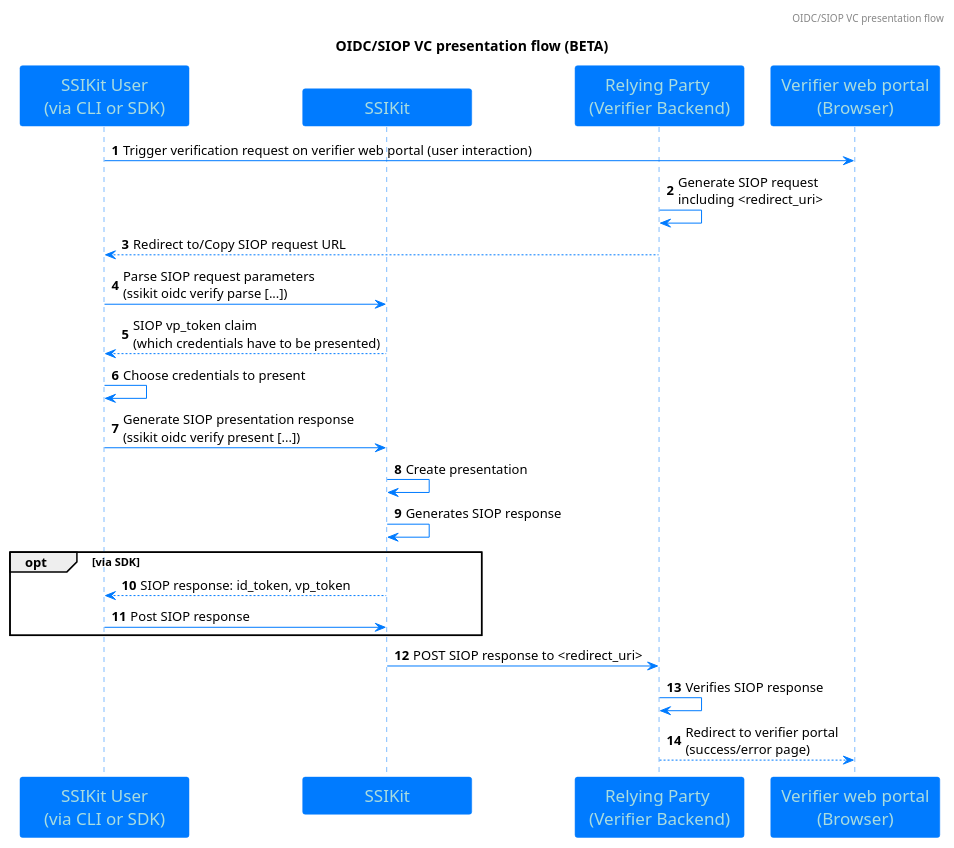
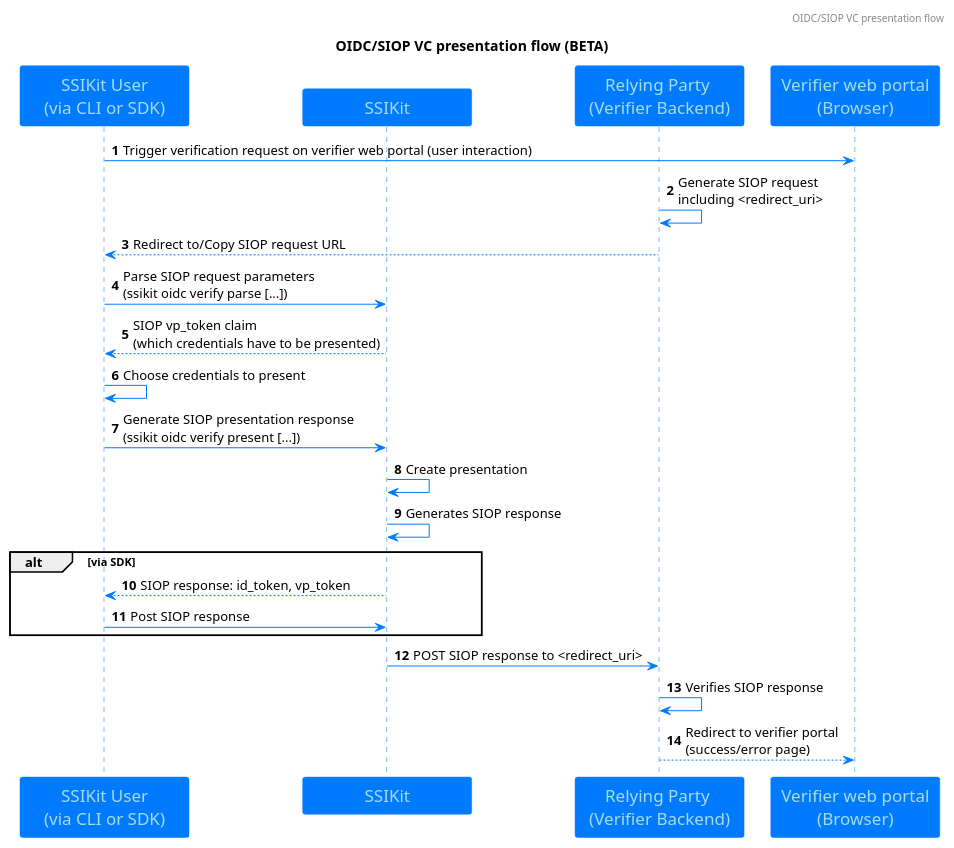
The diagram in ecosystems-interoperability/oidc/puml/siop-vc-presentation-ssikit.puml (walt-id/waltid-ssikit-docs), drawn with PlantUML before and after one commit.

```diff
--- a/ecosystems-interoperability/oidc/puml/siop-vc-presentation-ssikit.puml
+++ b/ecosystems-interoperability/oidc/puml/siop-vc-presentation-ssikit.puml
@@ -1,80 +1,80 @@
 @startuml
 'https://plantuml.com/sequence-diagram
 
 skinparam classFontColor 007BFF
 skinparam classFontSize 12
 skinparam classFontName Aapex
 skinparam backgroundColor white
 skinparam minClassWidth 155
 skinparam nodesep 34
 skinparam ranksep 70
 
 skinparam sequence {
 ArrowColor 007BFF
 ActorBorderColor 007BFF
 LifeLineBorderColor 007BFF
 LifeLineBackgroundColor 007BFF
 
 ParticipantBorderColor 007BFF
 ParticipantBackgroundColor 007BFF
 ParticipantFontName Impact
 ParticipantFontSize 17
 ParticipantFontColor #A9DCDF
 
 'ActorBackgroundColor aqua
 ActorFontColor 007BFF
 ActorFontSize 17
 ActorFontName Aapex
 }
 
 skinparam class {
 BorderColor 007BFF
 ArrowColor 007BFF
 BackgroundColor white
 }
 
 skinparam interface {
 BorderColor 007BFF
 ArrowColor 007BFF
 }
 
 skinparam note {
 BorderColor 007BFF
 BackgroundColor 7ACFF5
 }
 
 
 autonumber
 header OIDC/SIOP VC presentation flow
 title
 OIDC/SIOP VC presentation flow (BETA)
 end title
 autonumber
 participant "SSIKit User\n(via CLI or SDK)" as SU
 participant "SSIKit" as SK
 participant "Relying Party \n(Verifier Backend)" as RP
 participant "Verifier web portal\n(Browser)" as VWP
 
 SU->VWP: Trigger verification request on verifier web portal (user interaction)
 RP->RP: Generate SIOP request\nincluding <redirect_uri>
 
 RP-->SU: Redirect to/Copy SIOP request URL
 
 SU->SK: Parse SIOP request parameters\n(ssikit oidc verify parse [...])
 SK-->SU: SIOP vp_token claim\n(which credentials have to be presented)
 SU->SU: Choose credentials to present
 
 SU->SK: Generate SIOP presentation response\n(ssikit oidc verify present [...])
 SK->SK: Create presentation
 SK->SK: Generates SIOP response
-opt via SDK
+alt via SDK
 SK-->SU: SIOP response: id_token, vp_token
 SU->SK: Post SIOP response
 end
 
 SK->RP: POST SIOP response to <redirect_uri>
 
 RP->RP: Verifies SIOP response
 RP-->VWP: Redirect to verifier portal\n(success/error page)
 
 @enduml
```
